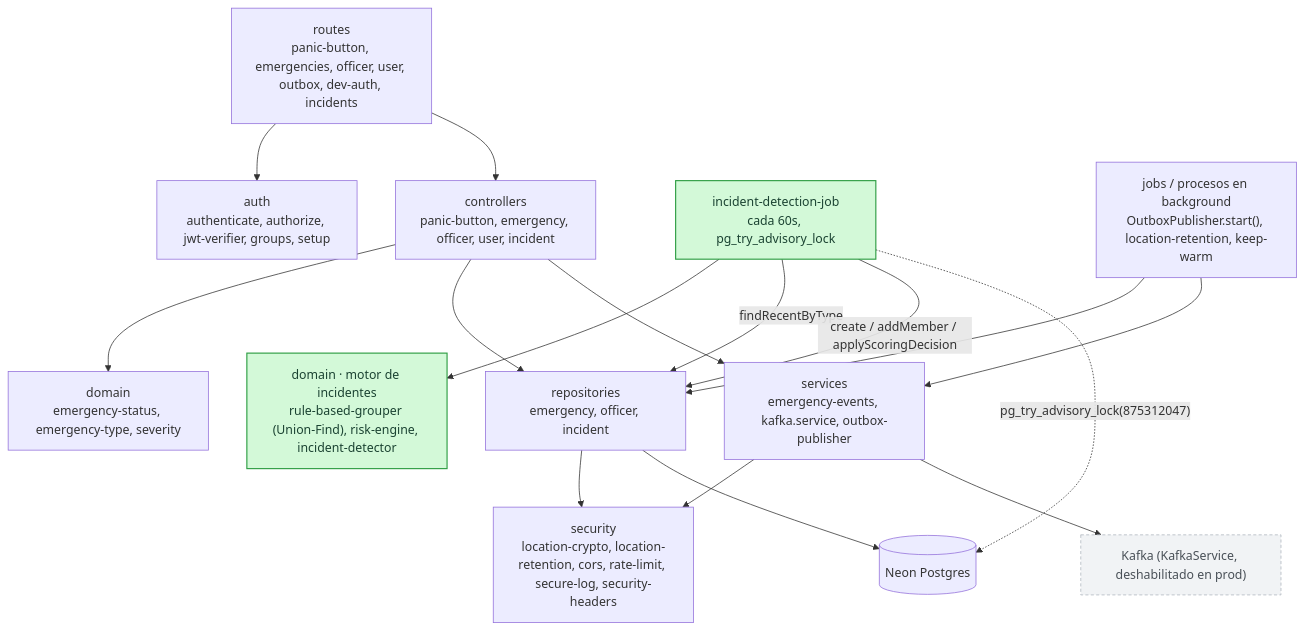
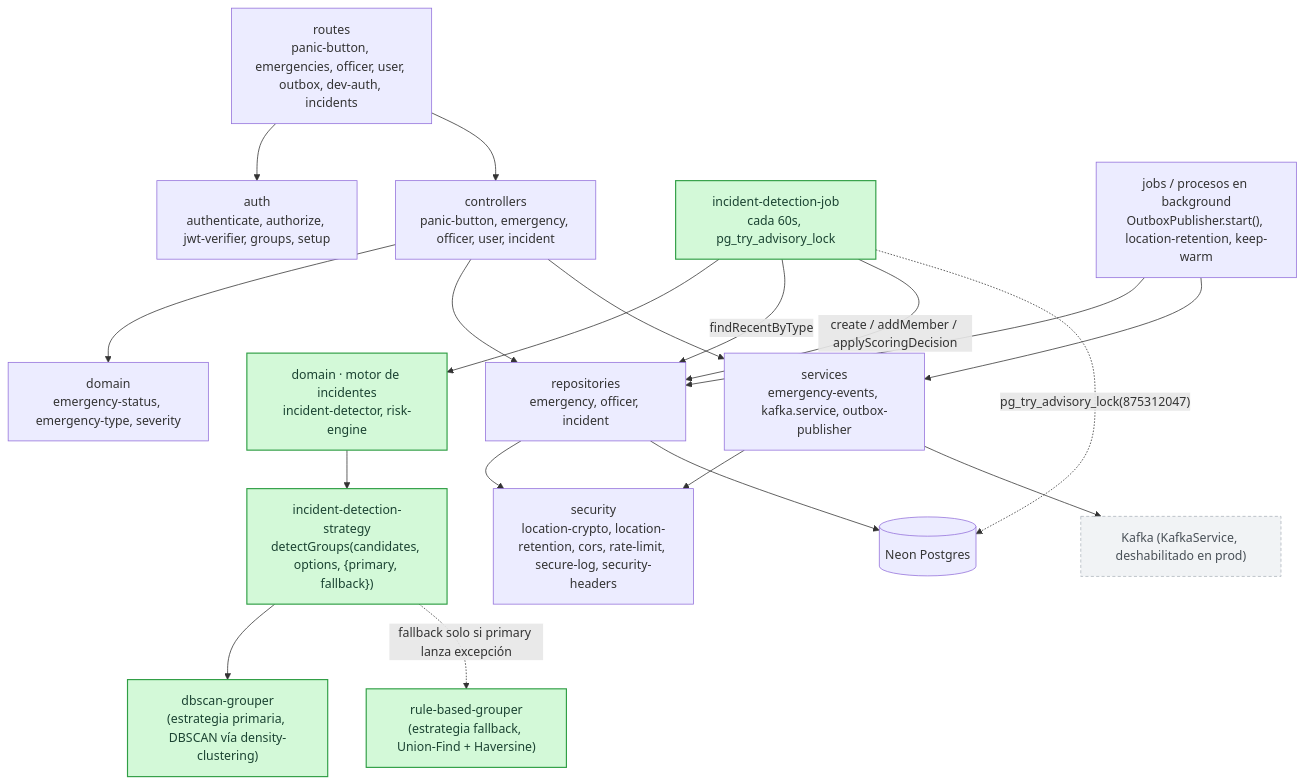
One commit to G6D2/emergencias-backend changed the second of 2 diagrams in docs/diagramas/03-arquitectura.md. Above: the diagram before and after it, drawn with Mermaid. The commit also changed other lines of this file and 4 other files, not shown here.

First line of the commit message:
docs: actualizar diagramas con DbscanGrouper e IncidentDetectionStrategy (#51)

````diff
--- a/docs/diagramas/03-arquitectura.md
+++ b/docs/diagramas/03-arquitectura.md
@@ -78,35 +78,41 @@
 ```mermaid
 flowchart TB
     routes["routes<br/>panic-button, emergencies, officer, user, outbox, dev-auth, incidents"]
     auth["auth<br/>authenticate, authorize, jwt-verifier, groups, setup"]
     controllers["controllers<br/>panic-button, emergency, officer, user, incident"]
     domain["domain<br/>emergency-status, emergency-type, severity"]
-    incidentDomain["domain · motor de incidentes<br/>rule-based-grouper (Union-Find), risk-engine, incident-detector"]:::incident
+    incidentDomain["domain · motor de incidentes<br/>incident-detector, risk-engine"]:::incident
+    strategy["incident-detection-strategy<br/>detectGroups(candidates, options, {primary, fallback})"]:::incident
+    dbscanGrouper["dbscan-grouper<br/>(estrategia primaria, DBSCAN vía density-clustering)"]:::incident
+    ruleGrouper["rule-based-grouper<br/>(estrategia fallback, Union-Find + Haversine)"]:::incident
     repositories["repositories<br/>emergency, officer, incident"]
     services["services<br/>emergency-events, kafka.service, outbox-publisher"]
     detectionJob["incident-detection-job<br/>cada 60s, pg_try_advisory_lock"]:::incident
     security["security<br/>location-crypto, location-retention, cors, rate-limit, secure-log, security-headers"]
     jobs["jobs / procesos en background<br/>OutboxPublisher.start(), location-retention, keep-warm"]
     db[("Neon Postgres")]
     kafkaC["Kafka (KafkaService, deshabilitado en prod)"]:::planned
 
     routes --> auth
     routes --> controllers
     controllers --> domain
     controllers --> repositories
     controllers --> services
     repositories --> security
     repositories --> db
     services --> security
     jobs --> repositories
     jobs --> services
     services --> kafkaC
 
     detectionJob --> incidentDomain
+    incidentDomain --> strategy
+    strategy --> dbscanGrouper
+    strategy -.->|"fallback solo si primary lanza excepción"| ruleGrouper
     detectionJob -->|"findRecentByType"| repositories
     detectionJob -->|"create / addMember / applyScoringDecision"| repositories
     detectionJob -.->|"pg_try_advisory_lock(875312047)"| db
 
     classDef planned fill:#f1f3f5,stroke:#adb5bd,color:#495057,stroke-width:1px,stroke-dasharray: 4 3;
     classDef incident fill:#d3f9d8,stroke:#2f9e44,color:#1b4332,stroke-width:1.5px;
 ```
````
